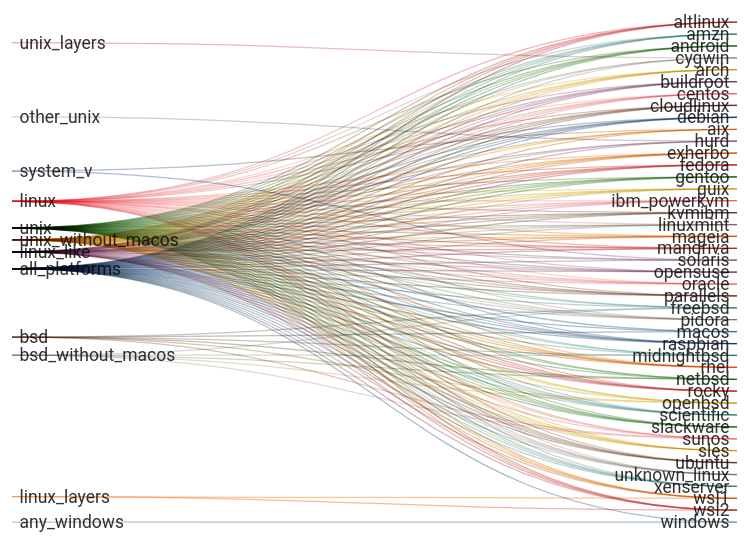
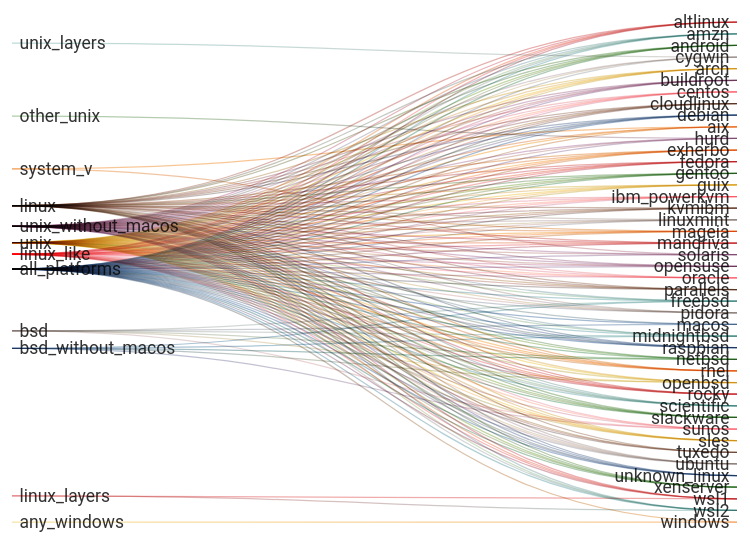
The first of 3 diagrams in readme.md (kdeldycke/extra-platforms), drawn with Mermaid before and after one commit. The commit also changed other lines of this file and 5 other files, not shown here.

```diff
--- a/readme.md
+++ b/readme.md
@@ -202,6 +203,7 @@
 all_platforms,sles,1
 all_platforms,solaris,1
 all_platforms,sunos,1
+all_platforms,tuxedo,1
 all_platforms,ubuntu,1
 all_platforms,unknown_linux,1
 all_platforms,windows,1
@@ -245,6 +247,7 @@
 unix,sles,1
 unix,solaris,1
 unix,sunos,1
+unix,tuxedo,1
 unix,ubuntu,1
 unix,unknown_linux,1
 unix,wsl1,1
@@ -318,6 +321,7 @@
 linux_like,scientific,1
 linux_like,slackware,1
 linux_like,sles,1
+linux_like,tuxedo,1
 linux_like,ubuntu,1
 linux_like,unknown_linux,1
 linux_like,wsl1,1
@@ -350,6 +354,7 @@
 linux,scientific,1
 linux,slackware,1
 linux,sles,1
+linux,tuxedo,1
 linux,ubuntu,1
 linux,unknown_linux,1
 linux,xenserver,1
```
